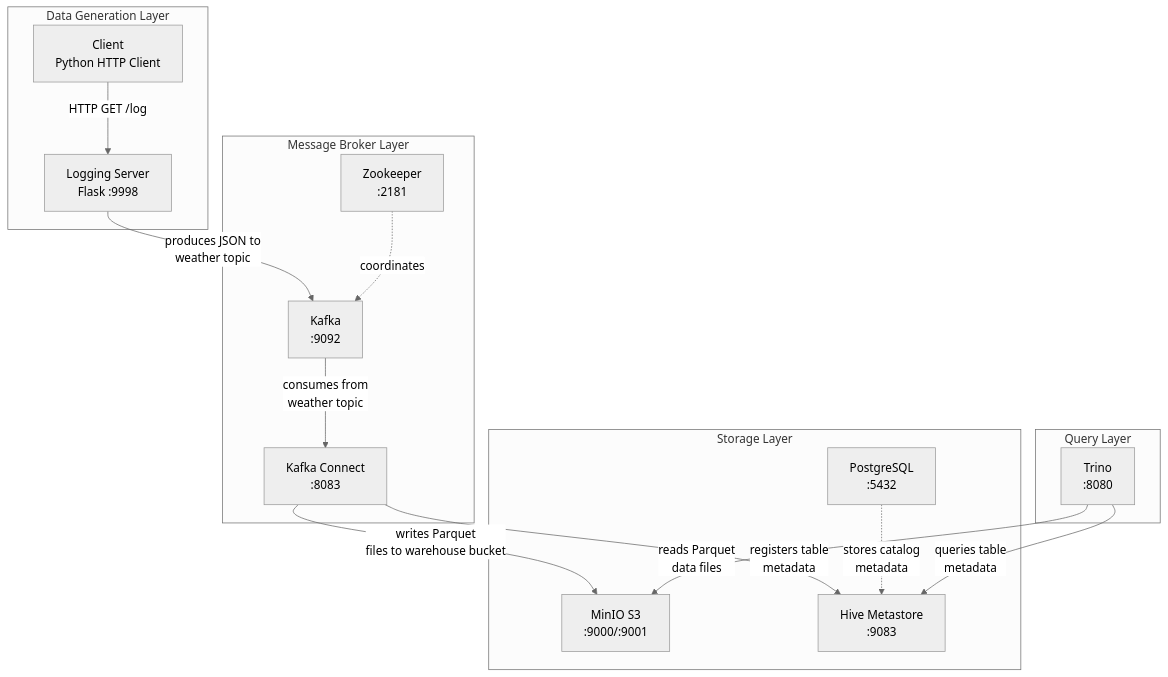
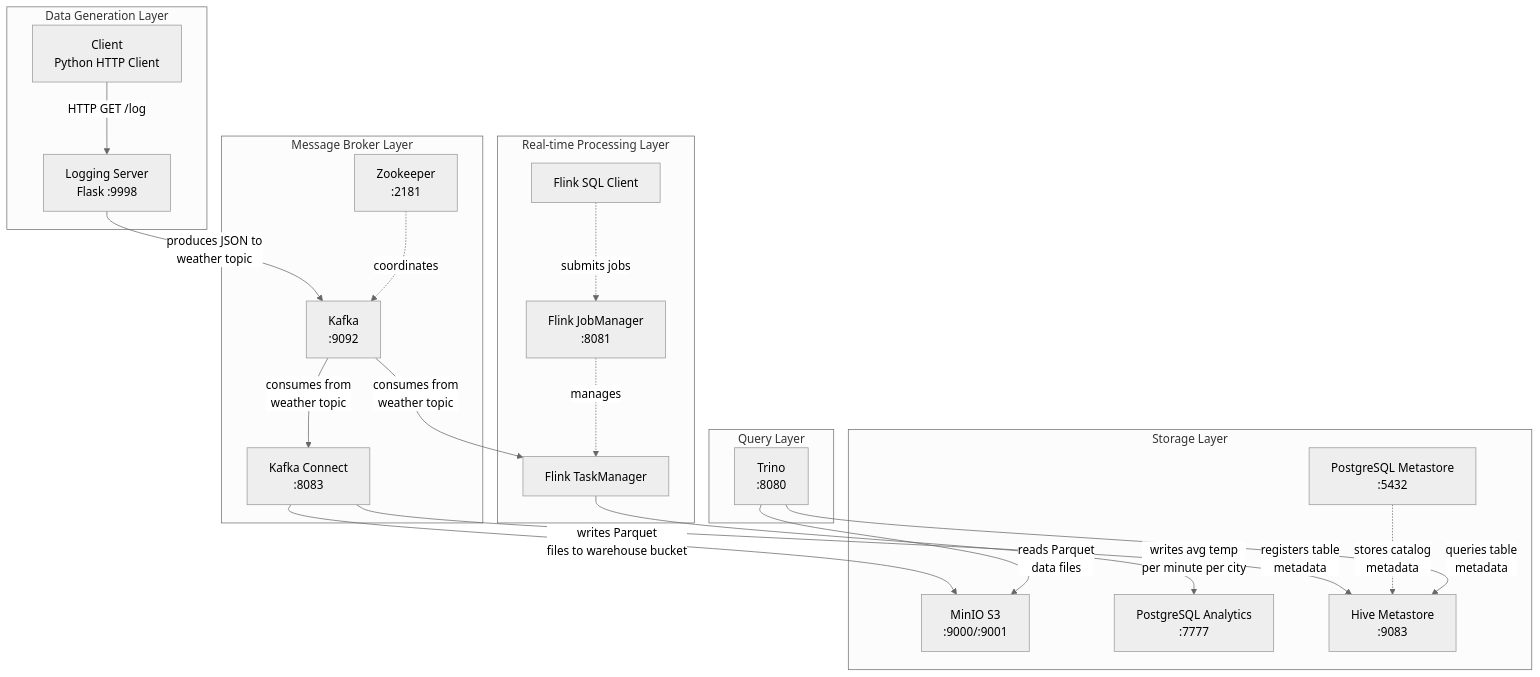
One commit to rejithry/data-pipeline-cursor changed the first of 2 diagrams in PLAN.md. Above: the diagram before and after it, drawn with Mermaid (neutral theme). The commit also changed other lines of this file and 7 other files, not shown here.

Commit message:
Add Flink real-time processing layer with PostgreSQL analytics for avg temperature per city per minute

````diff
--- a/PLAN.md
+++ b/PLAN.md
@@ -7,33 +7,44 @@
 ```mermaid
 flowchart TB
     subgraph producers [Data Generation Layer]
         Client[Client<br/>Python HTTP Client]
         LoggingServer[Logging Server<br/>Flask :9998]
     end
     
     subgraph kafka_layer [Message Broker Layer]
         Zookeeper[Zookeeper<br/>:2181]
         Kafka[Kafka<br/>:9092]
         KafkaConnect[Kafka Connect<br/>:8083]
     end
     
+    subgraph realtime [Real-time Processing Layer]
+        FlinkJM[Flink JobManager<br/>:8081]
+        FlinkTM[Flink TaskManager]
+        FlinkSQL[Flink SQL Client]
+    end
+    
     subgraph storage [Storage Layer]
         MinIO[MinIO S3<br/>:9000/:9001]
-        PostgreSQL[PostgreSQL<br/>:5432]
+        PostgreSQL[PostgreSQL Metastore<br/>:5432]
+        PostgresAnalytics[PostgreSQL Analytics<br/>:7777]
         HiveMetastore[Hive Metastore<br/>:9083]
     end
     
     subgraph query [Query Layer]
         Trino[Trino<br/>:8080]
     end
     
     Client -->|HTTP GET /log| LoggingServer
     LoggingServer -->|produces JSON to<br/>weather topic| Kafka
     Zookeeper -.->|coordinates| Kafka
     Kafka -->|consumes from<br/>weather topic| KafkaConnect
+    Kafka -->|consumes from<br/>weather topic| FlinkTM
+    FlinkJM -.->|manages| FlinkTM
+    FlinkSQL -.->|submits jobs| FlinkJM
+    FlinkTM -->|writes avg temp<br/>per minute per city| PostgresAnalytics
     KafkaConnect -->|writes Parquet<br/>files to warehouse bucket| MinIO
     KafkaConnect -->|registers table<br/>metadata| HiveMetastore
     PostgreSQL -.->|stores catalog<br/>metadata| HiveMetastore
     Trino -->|queries table<br/>metadata| HiveMetastore
     Trino -->|reads Parquet<br/>data files| MinIO
 ```
````
